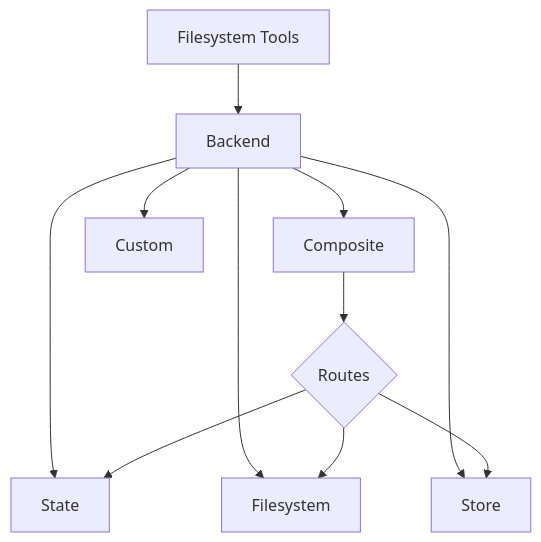
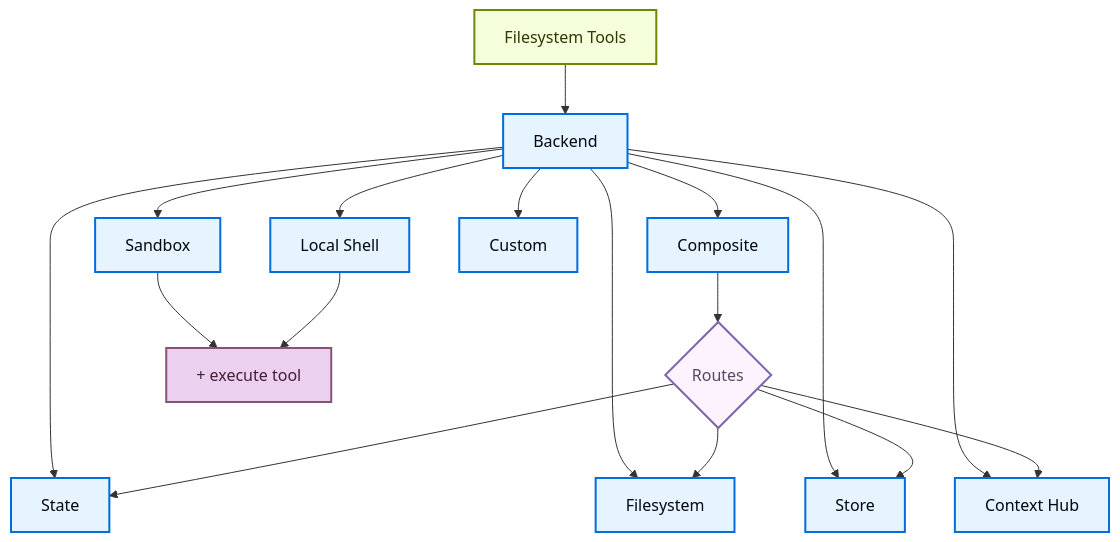
One commit to olorehq/olore changed the diagram in vault/packages/langchain/latest/contents/deepagents/backends.mdx. Above: the diagram before and after it, drawn with Mermaid. The commit also changed other lines of this file and 14210 other files, not shown here.

````diff
--- a/vault/packages/langchain/latest/contents/deepagents/backends.mdx
+++ b/vault/packages/langchain/latest/contents/deepagents/backends.mdx
@@ -8,15 +60,32 @@
 ```mermaid
 graph TB
     Tools[Filesystem Tools] --> Backend[Backend]
 
     Backend --> State[State]
     Backend --> Disk[Filesystem]
     Backend --> Store[Store]
+    Backend --> ContextHub[Context Hub]
+    Backend --> Sandbox[Sandbox]
+    Backend --> LocalShell[Local Shell]
     Backend --> Composite[Composite]
     Backend --> Custom[Custom]
 
     Composite --> Router{Routes}
     Router --> State
     Router --> Disk
     Router --> Store
+    Router --> ContextHub
+
+    Sandbox --> Execute["#43; execute tool"]
+    LocalShell --> Execute["#43; execute tool"]
+
+    classDef trigger fill:#F6FFDB,stroke:#6E8900,stroke-width:2px,color:#2E3900
+    classDef process fill:#E5F4FF,stroke:#006DDD,stroke-width:2px,color:#030710
+    classDef decision fill:#FDF3FF,stroke:#7E65AE,stroke-width:2px,color:#504B5F
+    classDef output fill:#EBD0F0,stroke:#885270,stroke-width:2px,color:#441E33
+
+    class Tools trigger
+    class Backend,State,Disk,Store,ContextHub,Sandbox,LocalShell,Composite,Custom process
+    class Router decision
+    class Execute output
 ```
````
